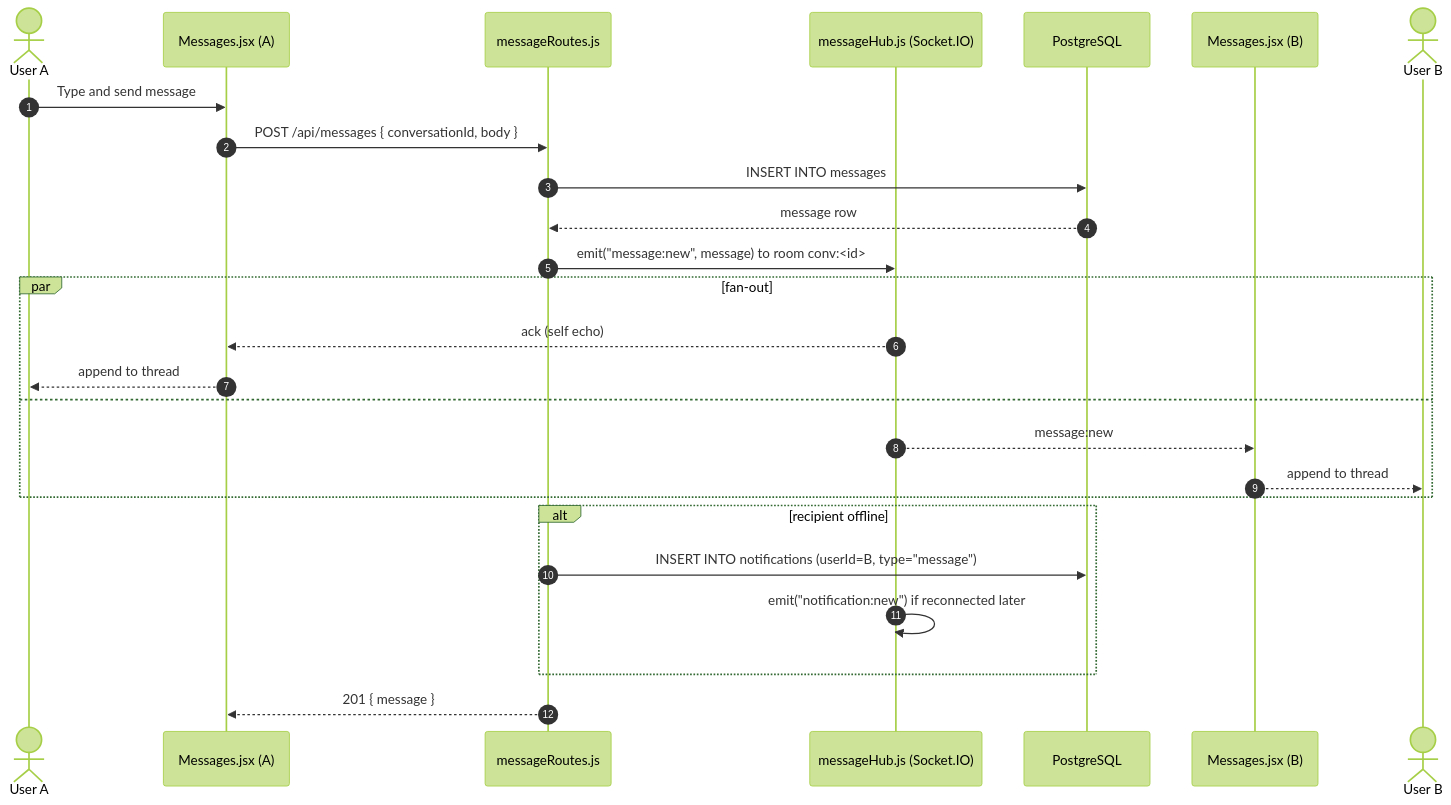
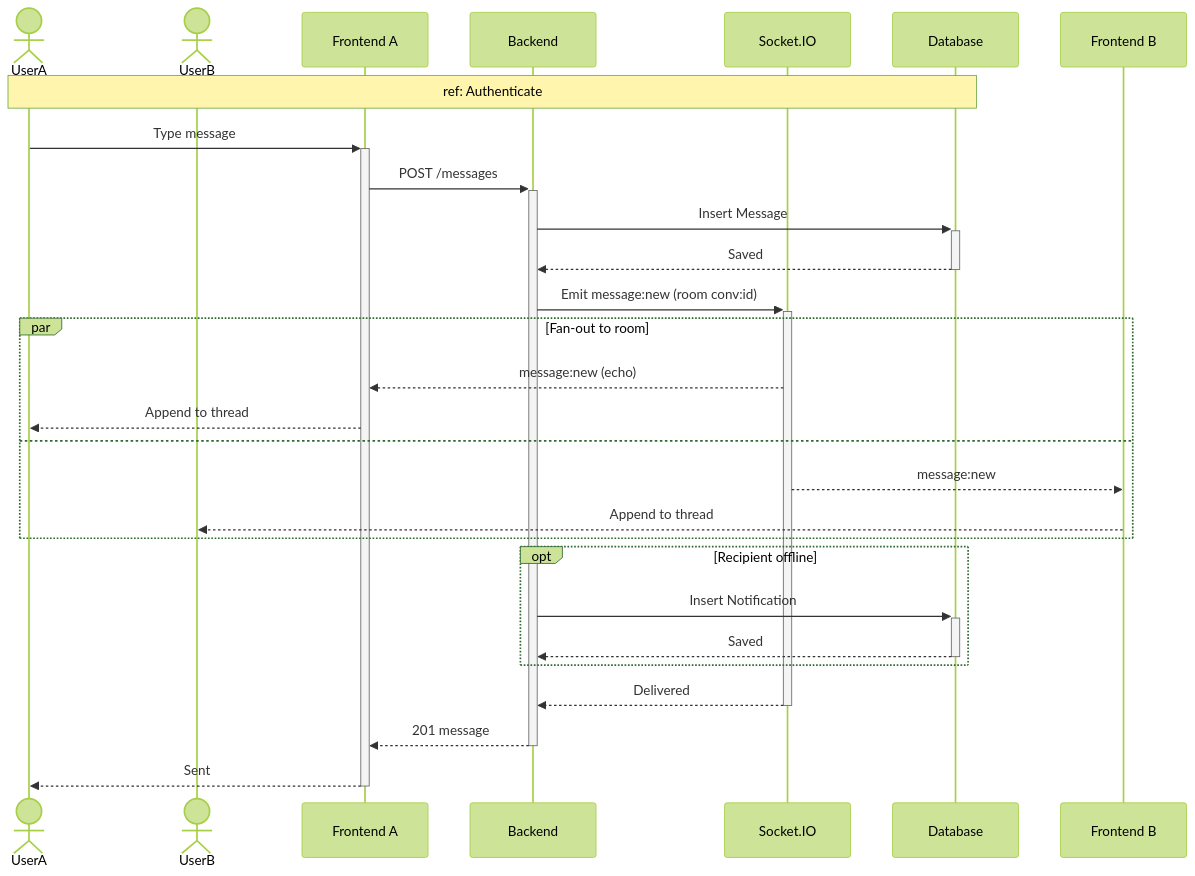
Before and after one commit to MaizaAymen/OmniLearn: the fourth of 7 diagrams in docs/07_chapitre5_sprint3.md, drawn with Mermaid (forest theme). The commit also changed other lines of this file and 4 other files, not shown here.

````diff
--- a/docs/07_chapitre5_sprint3.md
+++ b/docs/07_chapitre5_sprint3.md
@@ -186,29 +186,35 @@
 ```mermaid
 sequenceDiagram
-  autonumber
-  actor A as User A
-  participant FA as Messages.jsx (A)
-  participant API as messageRoutes.js
-  participant Hub as messageHub.js (Socket.IO)
-  participant DB  as PostgreSQL
-  participant FB  as Messages.jsx (B)
-  actor B as User B
+    actor UserA
+    actor UserB
+    participant FE_A as Frontend A
+    participant API as Backend
+    participant Hub as Socket.IO
+    participant DB as Database
+    participant FE_B as Frontend B
 
-  A->>FA: Type and send message
-  FA->>API: POST /api/messages { conversationId, body }
-  API->>DB: INSERT INTO messages
-  DB-->>API: message row
-  API->>Hub: emit("message:new", message) to room conv:<id>
-  par fan-out
-    Hub-->>FA: ack (self echo)
-    FA-->>A: append to thread
-  and
-    Hub-->>FB: message:new
-    FB-->>B: append to thread
-  end
-  alt recipient offline
-    API->>DB: INSERT INTO notifications (userId=B, type="message")
-    Hub->>Hub: emit("notification:new") if reconnected later
-  end
-  API-->>FA: 201 { message }
+    Note over UserA,DB: ref: Authenticate
+
+    UserA->>+FE_A: Type message
+    FE_A->>+API: POST /messages
+    API->>+DB: Insert Message
+    DB-->>-API: Saved
+    API->>+Hub: Emit message:new (room conv:id)
+
+    par Fan-out to room
+        Hub-->>FE_A: message:new (echo)
+        FE_A-->>UserA: Append to thread
+    and
+        Hub-->>FE_B: message:new
+        FE_B-->>UserB: Append to thread
+    end
+
+    opt Recipient offline
+        API->>+DB: Insert Notification
+        DB-->>-API: Saved
+    end
+
+    Hub-->>-API: Delivered
+    API-->>-FE_A: 201 message
+    FE_A-->>-UserA: Sent
 ```
````
